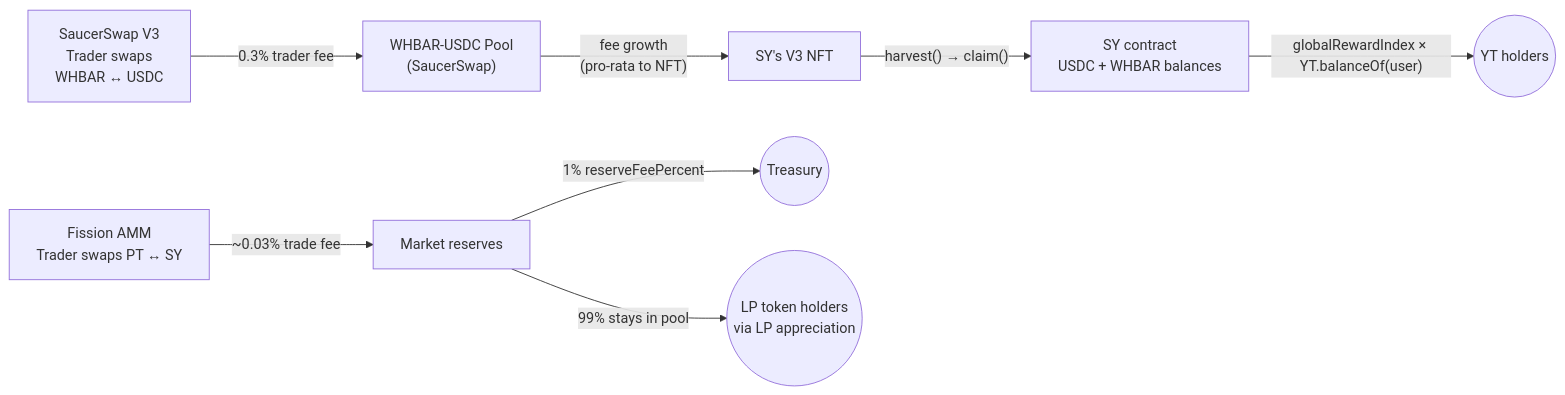
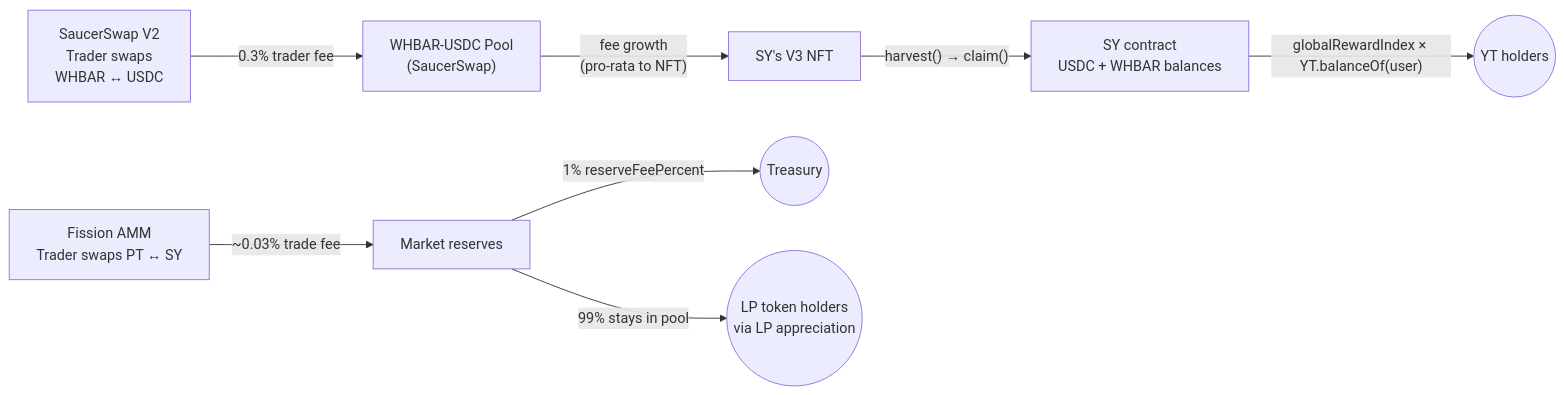
Before and after one commit to penguinpecker/fission-protocol-hedera: the second of 5 diagrams in README.md, drawn with Mermaid. The commit also changed other lines of this file and 12 other files, not shown here.

First line of the commit message:
docs: rename SaucerSwap V3 → V2 across all references

````diff
--- a/README.md
+++ b/README.md
@@ -71,13 +71,13 @@
 ```mermaid
 flowchart LR
-    Trader["SaucerSwap V3<br/>Trader swaps<br/>WHBAR ↔ USDC"]
+    Trader["SaucerSwap V2<br/>Trader swaps<br/>WHBAR ↔ USDC"]
     Trader -- "0.3% trader fee" --> V3Pool["WHBAR-USDC Pool<br/>(SaucerSwap)"]
     V3Pool -- "fee growth<br/>(pro-rata to NFT)" --> SYNFT["SY's V3 NFT"]
     SYNFT -- "harvest() → claim()" --> SYBalance["SY contract<br/>USDC + WHBAR balances"]
     SYBalance -- "globalRewardIndex × YT.balanceOf(user)" --> YTHolder((YT holders))
 
     PTTrader["Fission AMM<br/>Trader swaps PT ↔ SY"]
     PTTrader -- "~0.03% trade fee" --> Reserve["Market reserves"]
     Reserve -- "1% reserveFeePercent" --> Treasury((Treasury))
     Reserve -- "99% stays in pool" --> LPHolder((LP token holders<br/>via LP appreciation))
 ```
````
